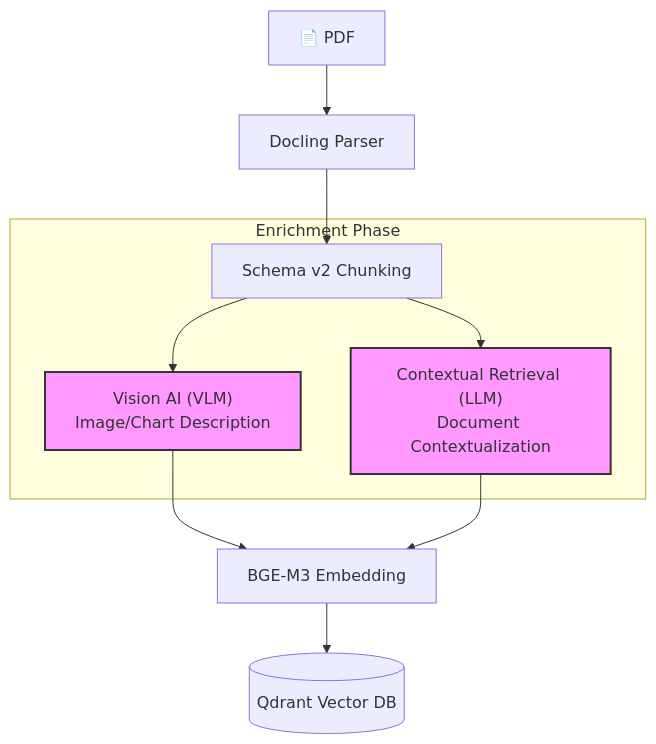
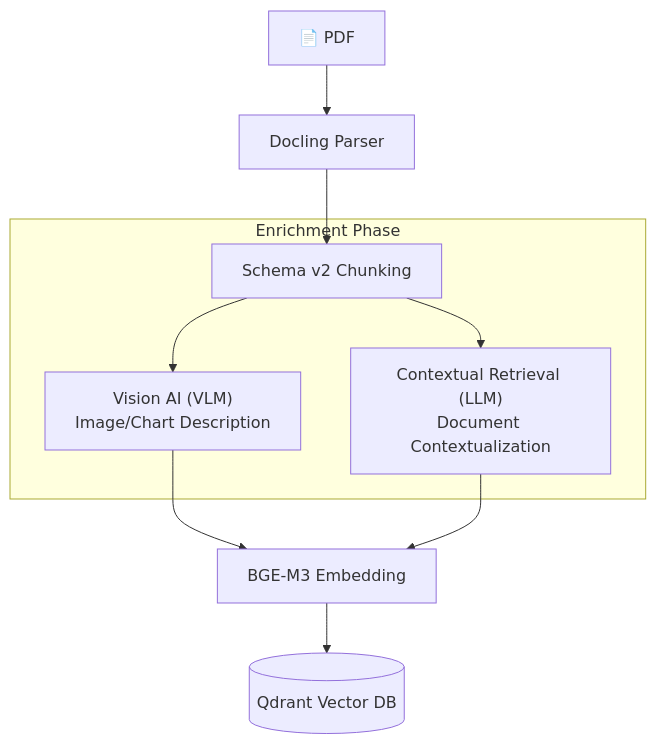
Before and after one commit to sindika-co-id/rag: the first of 4 diagrams in 02-ingestion-pipeline.md, drawn with Mermaid.

Commit message:
docs: change ingestion flowchart

````diff
--- a/02-ingestion-pipeline.md
+++ b/02-ingestion-pipeline.md
@@ -5,16 +5,13 @@
 ```mermaid
 flowchart TD
     A["📄 PDF"] --> B["Docling Parser"]
     B --> C["Schema v2 Chunking"]
     
     subgraph LLM_Enrichment [Enrichment Phase]
         C --> D1["Vision AI (VLM)\nImage/Chart Description"]
         C --> D2["Contextual Retrieval (LLM)\nDocument Contextualization"]
     end
     
     D1 & D2 --> E["BGE-M3 Embedding"]
     E --> F[("Qdrant Vector DB")]
-
-    classDef llm fill:#f9f,stroke:#333,stroke-width:2px;
-    class D1,D2 llm;
 ```
````
